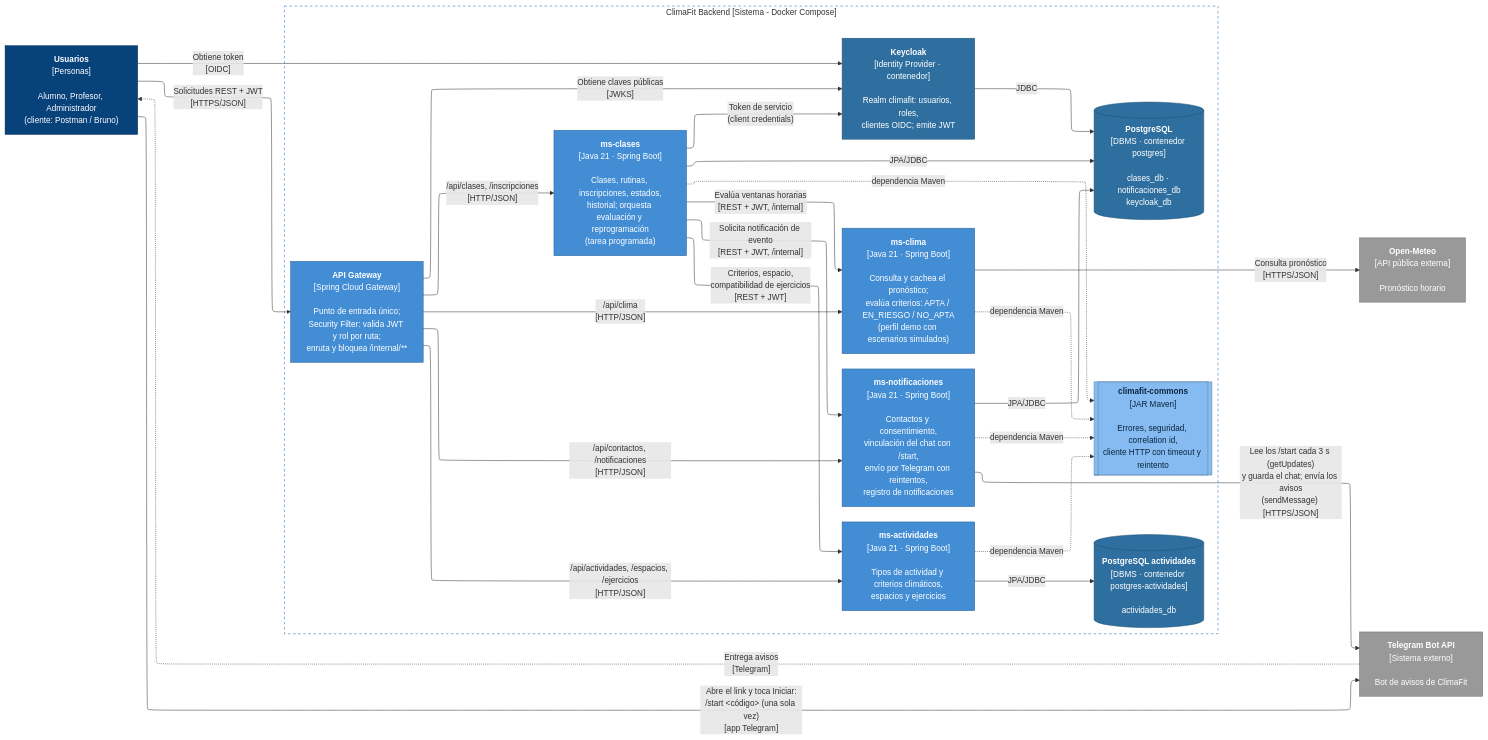
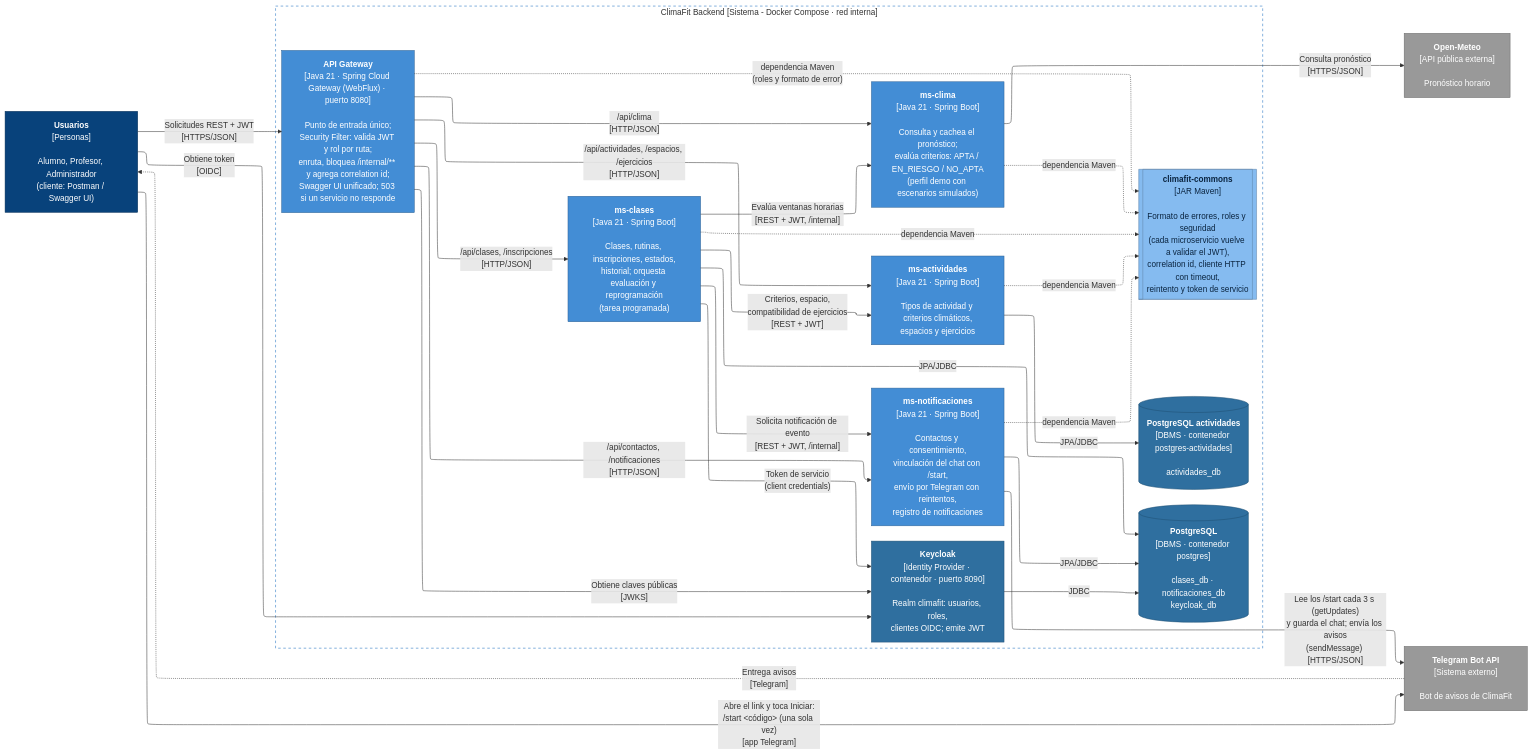
One commit to tomy91449/climafit changed the fourth of 8 diagrams in docs/propuesta.md. Above: the diagram before and after it, drawn with Mermaid. The commit also changed other lines of this file and 4 other files, not shown here.

First line of the commit message:
Diagrama C4 de contenedores al día y advertencias de tests de ms-clases

````diff
--- a/docs/propuesta.md
+++ b/docs/propuesta.md
@@ -443,64 +443,65 @@
 ```mermaid
 ---
 config:
   layout: elk
 ---
 %% C2 - Diagrama de Contenedores (C4) - ClimaFit
 flowchart LR
-  usuarios["<b>Usuarios</b><br/>[Personas]<br/><br/>Alumno, Profesor, Administrador<br/>(cliente: Postman / Bruno)"]
+  usuarios["<b>Usuarios</b><br/>[Personas]<br/><br/>Alumno, Profesor, Administrador<br/>(cliente: Postman / Swagger UI)"]
 
-  subgraph sistema["ClimaFit Backend [Sistema - Docker Compose]"]
-    gateway["<b>API Gateway</b><br/>[Spring Cloud Gateway]<br/><br/>Punto de entrada único;<br/>Security Filter: valida JWT y rol por ruta;<br/>enruta y bloquea /internal/**"]
+  subgraph sistema["ClimaFit Backend [Sistema - Docker Compose · red interna]"]
+    gateway["<b>API Gateway</b><br/>[Java 21 · Spring Cloud Gateway (WebFlux) · puerto 8080]<br/><br/>Punto de entrada único;<br/>Security Filter: valida JWT y rol por ruta;<br/>enruta, bloquea /internal/** y agrega correlation id;<br/>Swagger UI unificado; 503 si un servicio no responde"]
     actividades["<b>ms-actividades</b><br/>[Java 21 · Spring Boot]<br/><br/>Tipos de actividad y criterios climáticos,<br/>espacios y ejercicios"]
     clases["<b>ms-clases</b><br/>[Java 21 · Spring Boot]<br/><br/>Clases, rutinas, inscripciones, estados,<br/>historial; orquesta evaluación y reprogramación<br/>(tarea programada)"]
     clima["<b>ms-clima</b><br/>[Java 21 · Spring Boot]<br/><br/>Consulta y cachea el pronóstico;<br/>evalúa criterios: APTA / EN_RIESGO / NO_APTA<br/>(perfil demo con escenarios simulados)"]
     notificaciones["<b>ms-notificaciones</b><br/>[Java 21 · Spring Boot]<br/><br/>Contactos y consentimiento,<br/>vinculación del chat con /start,<br/>envío por Telegram con reintentos,<br/>registro de notificaciones"]
-    commons[["<b>climafit-commons</b><br/>[JAR Maven]<br/><br/>Errores, seguridad, correlation id,<br/>cliente HTTP con timeout y reintento"]]
+    commons[["<b>climafit-commons</b><br/>[JAR Maven]<br/><br/>Formato de errores, roles y seguridad<br/>(cada microservicio vuelve a validar el JWT),<br/>correlation id, cliente HTTP con timeout,<br/>reintento y token de servicio"]]
     db[("<b>PostgreSQL</b><br/>[DBMS · contenedor postgres]<br/><br/>clases_db · notificaciones_db<br/>keycloak_db")]
     dbActividades[("<b>PostgreSQL actividades</b><br/>[DBMS · contenedor postgres-actividades]<br/><br/>actividades_db")]
-    keycloak["<b>Keycloak</b><br/>[Identity Provider · contenedor]<br/><br/>Realm climafit: usuarios, roles,<br/>clientes OIDC; emite JWT"]
+    keycloak["<b>Keycloak</b><br/>[Identity Provider · contenedor · puerto 8090]<br/><br/>Realm climafit: usuarios, roles,<br/>clientes OIDC; emite JWT"]
   end
 
   openmeteo["<b>Open-Meteo</b><br/>[API pública externa]<br/><br/>Pronóstico horario"]
   telegram["<b>Telegram Bot API</b><br/>[Sistema externo]<br/><br/>Bot de avisos de ClimaFit"]
 
   usuarios -- "Obtiene token<br/>[OIDC]" --> keycloak
   usuarios -- "Solicitudes REST + JWT<br/>[HTTPS/JSON]" --> gateway
   usuarios -- "Abre el link y toca Iniciar:<br/>/start #lt;código#gt; (una sola vez)<br/>[app Telegram]" --> telegram
   gateway -- "Obtiene claves públicas<br/>[JWKS]" --> keycloak
   gateway -- "/api/actividades, /espacios, /ejercicios<br/>[HTTP/JSON]" --> actividades
   gateway -- "/api/clases, /inscripciones<br/>[HTTP/JSON]" --> clases
   gateway -- "/api/clima<br/>[HTTP/JSON]" --> clima
   gateway -- "/api/contactos, /notificaciones<br/>[HTTP/JSON]" --> notificaciones
 
   clases -- "Criterios, espacio,<br/>compatibilidad de ejercicios<br/>[REST + JWT]" --> actividades
   clases -- "Evalúa ventanas horarias<br/>[REST + JWT, /internal]" --> clima
   clases -- "Solicita notificación de evento<br/>[REST + JWT, /internal]" --> notificaciones
   clases -- "Token de servicio<br/>(client credentials)" --> keycloak
 
   actividades -- "JPA/JDBC" --> dbActividades
   clases -- "JPA/JDBC" --> db
   notificaciones -- "JPA/JDBC" --> db
   keycloak -- "JDBC" --> db
 
   clima -- "Consulta pronóstico<br/>[HTTPS/JSON]" --> openmeteo
   notificaciones -- "Lee los /start cada 3 s (getUpdates)<br/>y guarda el chat; envía los avisos<br/>(sendMessage) [HTTPS/JSON]" --> telegram
   telegram -. "Entrega avisos<br/>[Telegram]" .-> usuarios
 
   actividades -.->|"dependencia Maven"| commons
   clases -.->|"dependencia Maven"| commons
   clima -.->|"dependencia Maven"| commons
   notificaciones -.->|"dependencia Maven"| commons
+  gateway -.->|"dependencia Maven<br/>(roles y formato de error)"| commons
 
   classDef persona fill:#08427b,stroke:#052e56,color:#ffffff
   classDef contenedor fill:#438dd5,stroke:#2e6295,color:#ffffff
   classDef infra fill:#2f6f9f,stroke:#1f4f73,color:#ffffff
   classDef libreria fill:#85bbf0,stroke:#5d82a8,color:#0b2540
   classDef externo fill:#999999,stroke:#6b6b6b,color:#ffffff
   class usuarios persona
   class gateway,actividades,clases,clima,notificaciones contenedor
   class db,dbActividades,keycloak infra
   class commons libreria
   class openmeteo,telegram externo
   style sistema fill:#ffffff,stroke:#1168bd,stroke-dasharray: 5 5
 ```
````
